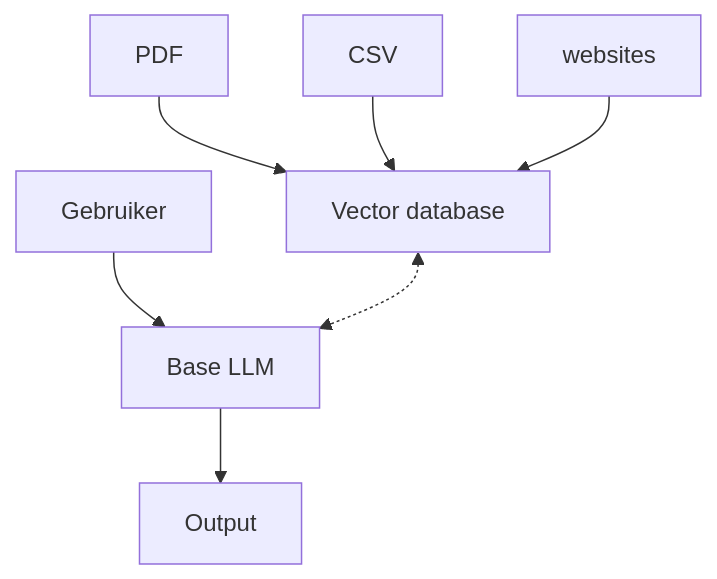
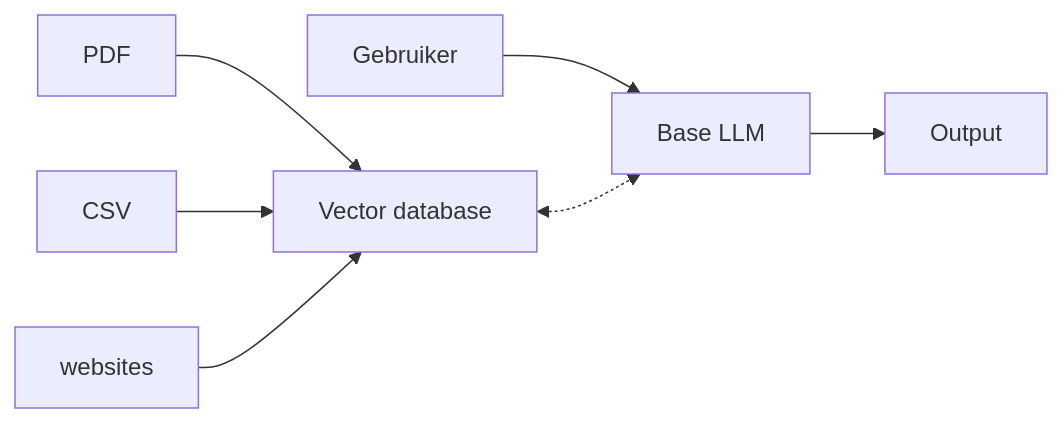
One commit to FreddyMeijer/Ultimate-RAG-Bootcamp changed the third of 6 diagrams in theorie.md. Above: the diagram before and after it, drawn with Mermaid. The commit also changed other lines of this file, not shown here.

````diff
--- a/theorie.md
+++ b/theorie.md
@@ -73,9 +73,9 @@
 ```mermaid
-flowchart TD
+flowchart LR
     A[Gebruiker] --> C[Base LLM]
     B[Vector database] <.-> C[Base LLM]
     E[PDF] --> B[Vector database]
     F[CSV] --> B[Vector database]
     G[websites] --> B[Vector database]
     C --> D[Output]
 ```
````
